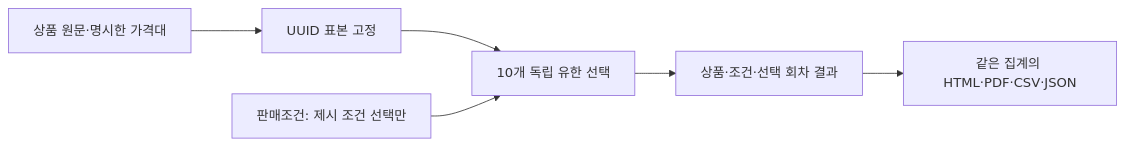
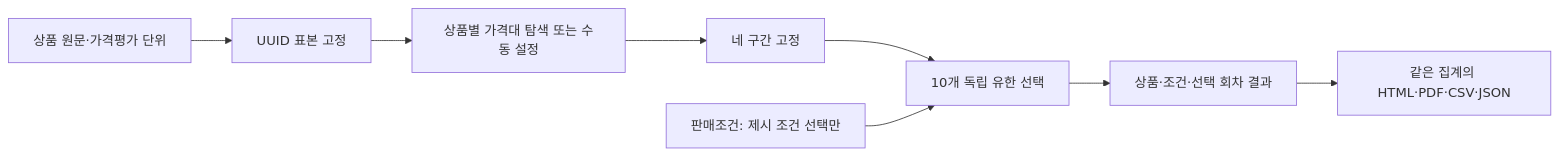
Before and after one commit to KimEJ/persona-lab: the diagram in docs/IMPLEMENTATION.md, drawn with Mermaid. The commit also changed other lines of this file and 37 other files, not shown here.

````diff
--- a/docs/IMPLEMENTATION.md
+++ b/docs/IMPLEMENTATION.md
@@ -3,8 +3,10 @@
 ```mermaid
 flowchart LR
-    D["상품 원문·명시한 가격대"] --> S["UUID 표본 고정"]
-    S --> Q["10개 독립 유한 선택"]
+    D["상품 원문·가격평가 단위"] --> S["UUID 표본 고정"]
+    S --> P["상품별 가격대 탐색 또는 수동 설정"]
+    P --> F["네 구간 고정"]
+    F --> Q["10개 독립 유한 선택"]
     O["판매조건: 제시 조건 선택만"] --> Q
     Q --> R["상품·조건·선택 회차 결과"]
     R --> E["같은 집계의 HTML·PDF·CSV·JSON"]
 ```
````
